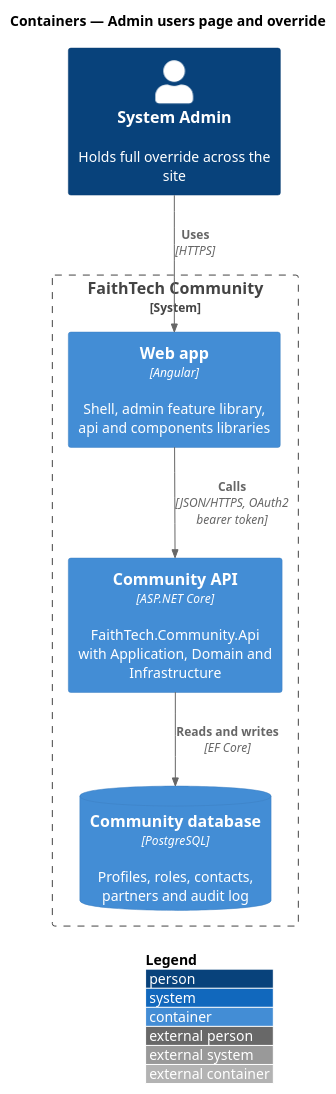
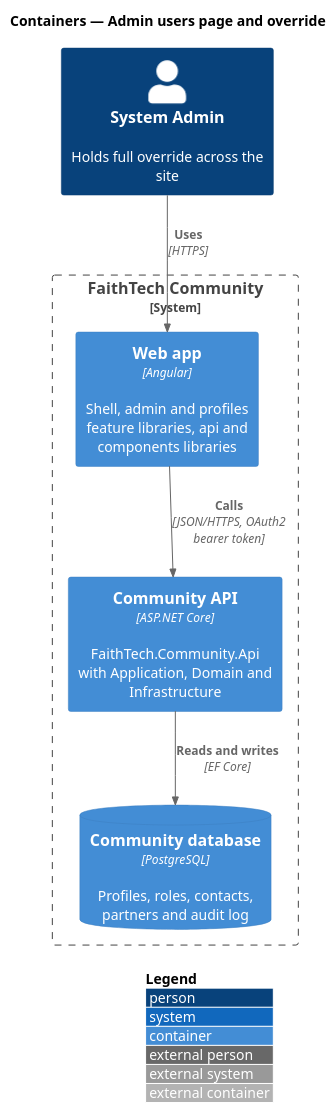
One commit to QuinntyneBrown/faithtech-community changed the diagram in docs/detailed-designs/admin/admin-users-and-override/diagrams/c4-container.puml. Above: the diagram before and after it, drawn with PlantUML. The commit also changed 67 other files, not shown here.

First line of the commit message:
Align the admin and invites designs and diagrams with the built code

```diff
--- a/docs/detailed-designs/admin/admin-users-and-override/diagrams/c4-container.puml
+++ b/docs/detailed-designs/admin/admin-users-and-override/diagrams/c4-container.puml
@@ -1,14 +1,14 @@
 @startuml
 !include <C4/C4_Container>
 LAYOUT_WITH_LEGEND()
 title Containers — Admin users page and override
 Person(admin, "System Admin", "Holds full override across the site")
 System_Boundary(community, "FaithTech Community") {
-  Container(web, "Web app", "Angular", "Shell, admin feature library, api and components libraries")
+  Container(web, "Web app", "Angular", "Shell, admin and profiles feature libraries, api and components libraries")
   Container(api, "Community API", "ASP.NET Core", "FaithTech.Community.Api with Application, Domain and Infrastructure")
   ContainerDb(db, "Community database", "PostgreSQL", "Profiles, roles, contacts, partners and audit log")
 }
 Rel(admin, web, "Uses", "HTTPS")
 Rel(web, api, "Calls", "JSON/HTTPS, OAuth2 bearer token")
 Rel(api, db, "Reads and writes", "EF Core")
 @enduml
```
